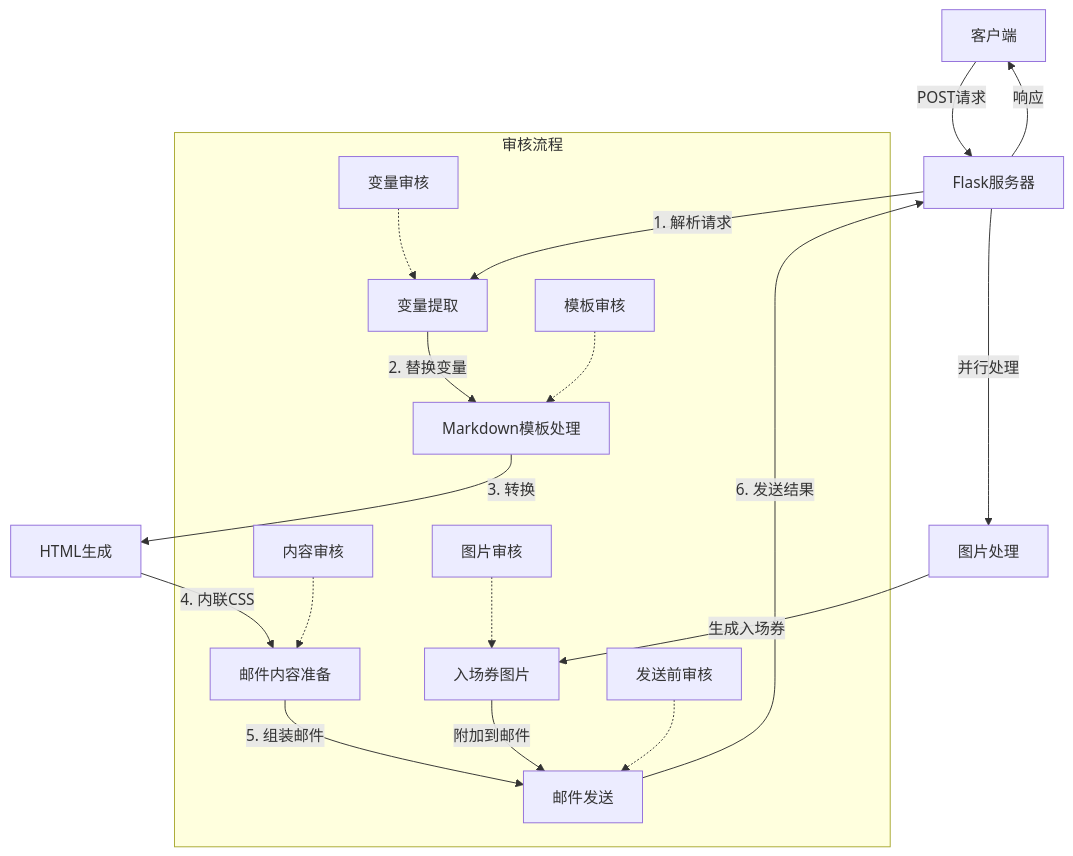
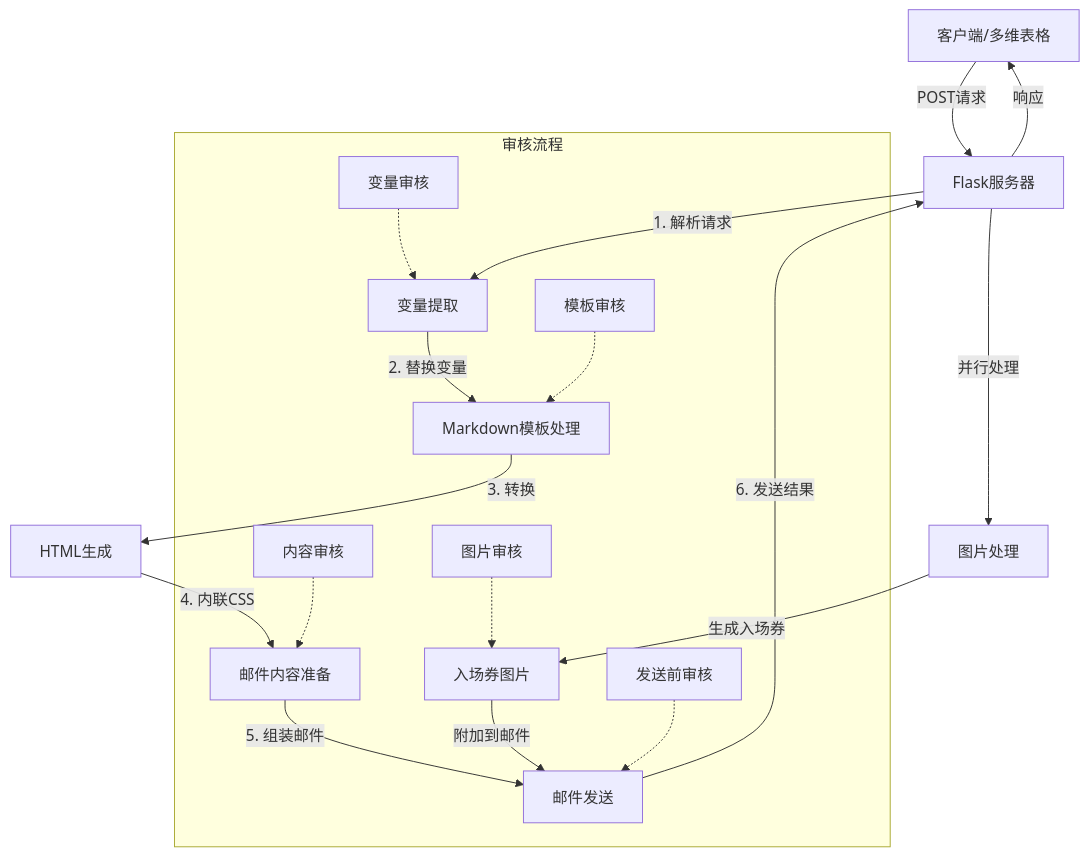
The diagram in README.md (wonderland-club/markdown-to-mail), drawn with Mermaid before and after one commit. The commit also changed 3 other files, not shown here.

````diff
--- a/README.md
+++ b/README.md
@@ -9,25 +9,25 @@
 ```mermaid
 graph TD
-    A[客户端] -->|POST请求| B[Flask服务器]
+    A[客户端/多维表格] -->|POST请求| B[Flask服务器]
     B -->|1. 解析请求| C[变量提取]
     C -->|2. 替换变量| D[Markdown模板处理]
     D -->|3. 转换| E[HTML生成]
     E -->|4. 内联CSS| F[邮件内容准备]
     
     B -->|并行处理| G[图片处理]
     G -->|生成入场券| H[入场券图片]
     
     F -->|5. 组装邮件| I[邮件发送]
     H -->|附加到邮件| I
     
     I -->|6. 发送结果| B
     B -->|响应| A
     
     subgraph 审核流程
         C1[变量审核] -.-> C
         D1[模板审核] -.-> D
         E1[内容审核] -.-> F
         G1[图片审核] -.-> H
         I1[发送前审核] -.-> I
     end
 ```
````
